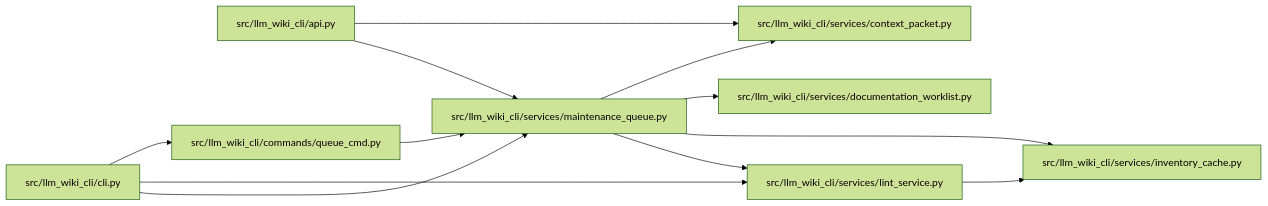
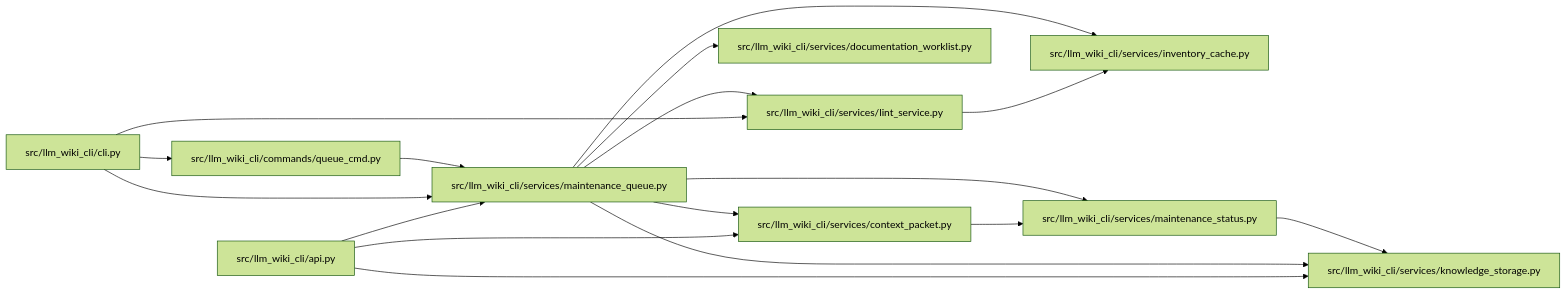
One commit to Denissvgn/python-wiki-llm changed the diagram in docs/llm_wiki/modules/maintenance_queue.md. Above: the diagram before and after it, drawn with Mermaid (forest theme). The commit also changed other lines of this file and 1410 other files, not shown here.

````diff
--- a/docs/llm_wiki/modules/maintenance_queue.md
+++ b/docs/llm_wiki/modules/maintenance_queue.md
@@ -30,30 +32,39 @@
 ```mermaid
 flowchart LR
     n0["src/llm_wiki_cli/api.py"]
     n1["src/llm_wiki_cli/cli.py"]
     n2["src/llm_wiki_cli/commands/queue_cmd.py"]
     n3["src/llm_wiki_cli/services/context_packet.py"]
     n4["src/llm_wiki_cli/services/documentation_worklist.py"]
     n5["src/llm_wiki_cli/services/inventory_cache.py"]
-    n6["src/llm_wiki_cli/services/lint_service.py"]
-    n7["src/llm_wiki_cli/services/maintenance_queue.py"]
+    n6["src/llm_wiki_cli/services/knowledge_storage.py"]
+    n7["src/llm_wiki_cli/services/lint_service.py"]
+    n8["src/llm_wiki_cli/services/maintenance_queue.py"]
+    n9["src/llm_wiki_cli/services/maintenance_status.py"]
     n0 --> n3
-    n0 --> n7
+    n0 --> n6
+    n0 --> n8
     n1 --> n2
-    n1 --> n6
     n1 --> n7
-    n2 --> n7
-    n6 --> n5
-    n7 --> n3
-    n7 --> n4
+    n1 --> n8
+    n2 --> n8
+    n3 --> n9
     n7 --> n5
-    n7 --> n6
+    n8 --> n3
+    n8 --> n4
+    n8 --> n5
+    n8 --> n6
+    n8 --> n7
+    n8 --> n9
+    n9 --> n6
     click n0 "../modules/api.md"
     click n1 "../modules/cli.md"
     click n2 "../modules/queue_cmd.md"
     click n3 "../modules/context_packet.md"
     click n4 "../modules/documentation_worklist.md"
     click n5 "../modules/inventory_cache.md"
-    click n6 "../modules/lint_service.md"
-    click n7 "../modules/maintenance_queue.md"
+    click n6 "../modules/knowledge_storage.md"
+    click n7 "../modules/lint_service.md"
+    click n8 "../modules/maintenance_queue.md"
+    click n9 "../modules/maintenance_status.md"
 ```
````
